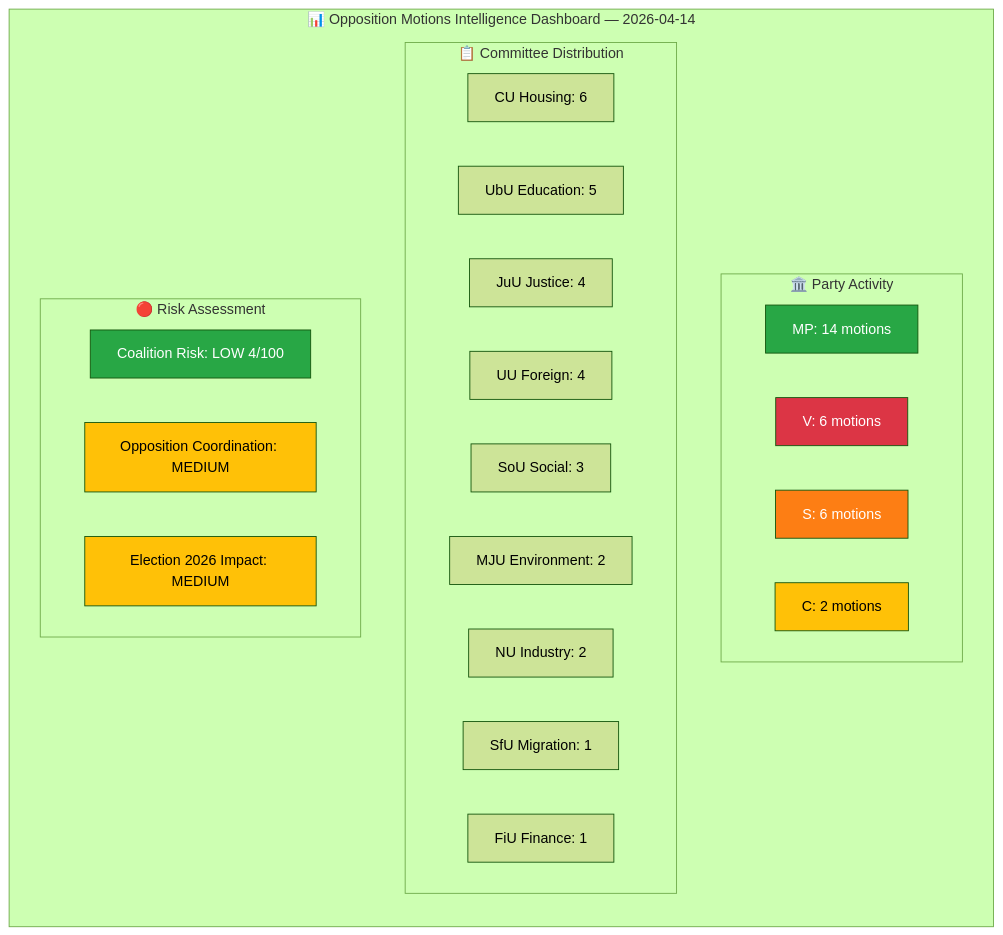
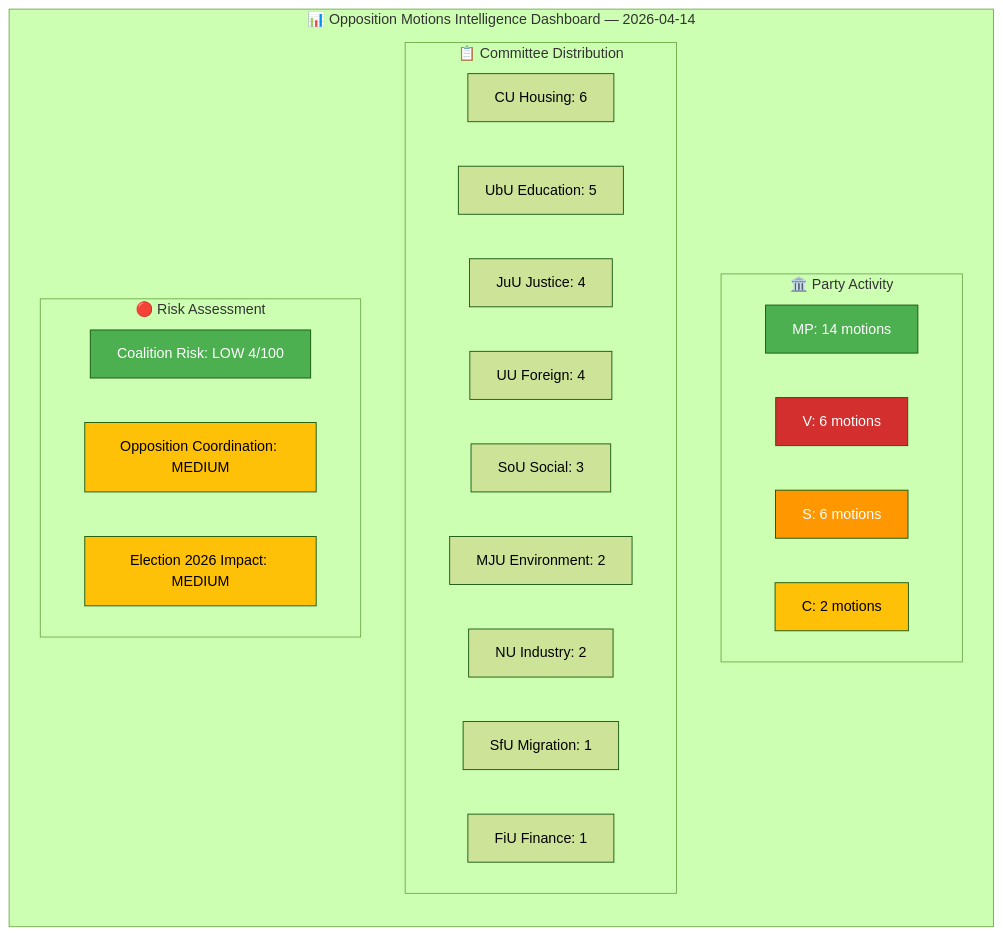
One commit to Hack23/riksdagsmonitor changed the diagram in analysis/daily/2026-04-14/motions/synthesis-summary.md. Above: the diagram before and after it, drawn with Mermaid (forest theme). The commit also changed 785 other files, not shown here.

First line of the commit message:
Normalize mermaid colors across 786 analysis artifacts to ISMS Style Guide palette

````diff
--- a/analysis/daily/2026-04-14/motions/synthesis-summary.md
+++ b/analysis/daily/2026-04-14/motions/synthesis-summary.md
@@ -26,35 +26,35 @@
 ```mermaid
 graph TD
     subgraph "📊 Opposition Motions Intelligence Dashboard — 2026-04-14"
         direction TB
         subgraph "🏛️ Party Activity"
             MP["MP: 14 motions"]
             V["V: 6 motions"]
             S["S: 6 motions"]
             C["C: 2 motions"]
         end
         subgraph "📋 Committee Distribution"
             CU["CU Housing: 6"]
             UbU["UbU Education: 5"]
             JuU["JuU Justice: 4"]
             UU["UU Foreign: 4"]
             SoU["SoU Social: 3"]
             MJU["MJU Environment: 2"]
             NU["NU Industry: 2"]
             SfU["SfU Migration: 1"]
             FiU["FiU Finance: 1"]
         end
         subgraph "🔴 Risk Assessment"
             COAL["Coalition Risk: LOW 4/100"]
             OPPO["Opposition Coordination: MEDIUM"]
             ELEC["Election 2026 Impact: MEDIUM"]
         end
     end
-    style MP fill:#28a745,color:#fff
-    style V fill:#dc3545,color:#fff
-    style S fill:#fd7e14,color:#fff
-    style C fill:#ffc107,color:#000
-    style COAL fill:#28a745,color:#fff
-    style OPPO fill:#ffc107,color:#000
-    style ELEC fill:#ffc107,color:#000
+    style MP fill:#4CAF50,color:#FFFFFF
+    style V fill:#D32F2F,color:#FFFFFF
+    style S fill:#FF9800,color:#FFFFFF
+    style C fill:#FFC107,color:#000000
+    style COAL fill:#4CAF50,color:#FFFFFF
+    style OPPO fill:#FFC107,color:#000000
+    style ELEC fill:#FFC107,color:#000000
 ```
````
